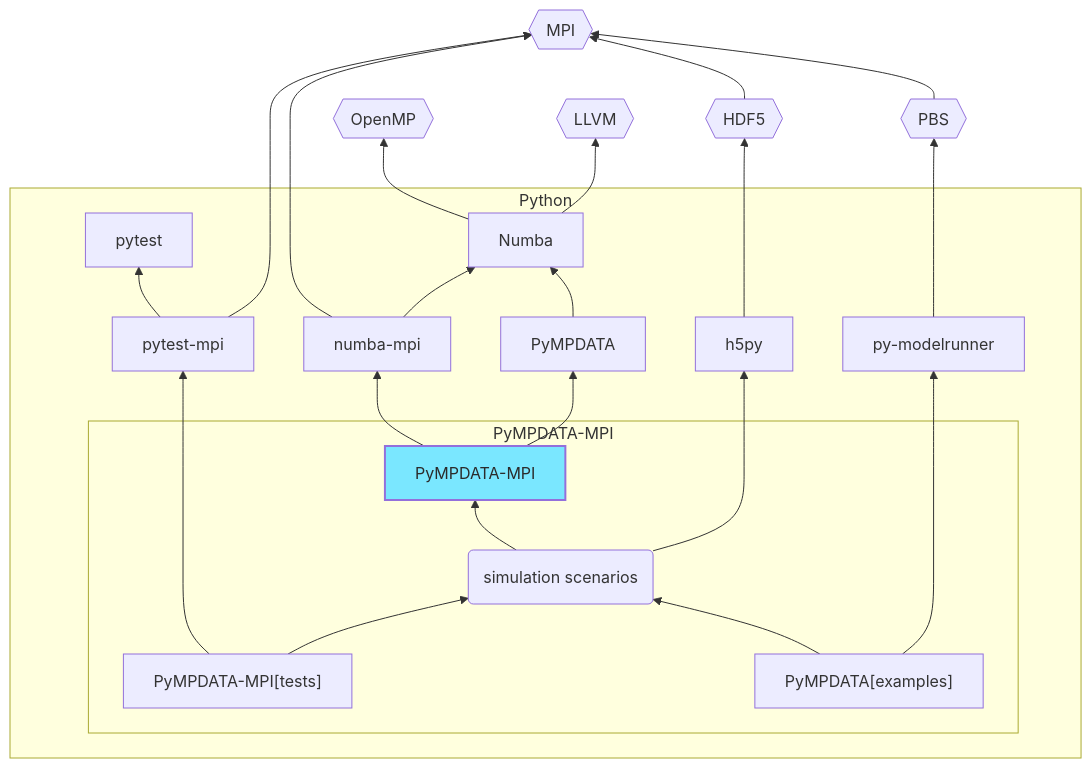
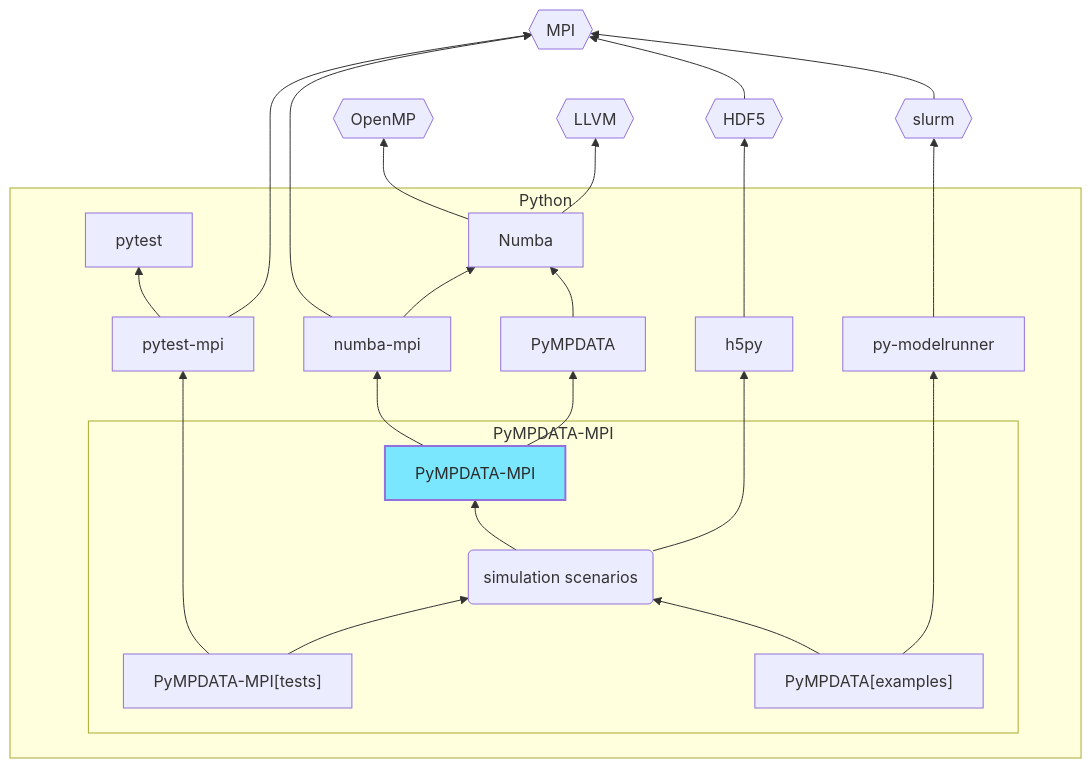
Before and after one commit to open-atmos/PyMPDATA-MPI: the diagram in README.md, drawn with Mermaid. The commit also changed other lines of this file and 10 other files, not shown here.

````diff
--- a/README.md
+++ b/README.md
@@ -93,40 +93,40 @@
 ```mermaid
     flowchart BT
 
     H5PY ---> HDF{{HDF5}}
     subgraph pythonic-dependencies [Python]
       TESTS --> H[pytest-mpi]
       subgraph PyMPDATA-MPI ["PyMPDATA-MPI"]
         TESTS["PyMPDATA-MPI[tests]"] --> CASES(simulation scenarios)
         A1["PyMPDATA[examples]"] --> CASES
         CASES --> D[PyMPDATA-MPI]
       end
       A1 ---> C[py-modelrunner]
       CASES ---> H5PY[h5py]
       D --> E[numba-mpi]
       H --> X[pytest]
       E --> N
       F --> N[Numba]
       D --> F[PyMPDATA]
     end
     H ---> MPI
-    C ---> PBS{{PBS}}
+    C ---> slurm{{slurm}}
     N --> OMPI{{OpenMP}}
     N --> L{{LLVM}}
     E ---> MPI{{MPI}}
     HDF --> MPI
-    PBS --> MPI
+    slurm --> MPI
 
 style D fill:#7ae7ff,stroke-width:2px,color:#2B2B2B
 
 click H "https://pypi.org/p/pytest-mpi"
 click X "https://pypi.org/p/pytest"
 click F "https://pypi.org/p/PyMPDATA"
 click N "https://pypi.org/p/numba"
 click C "https://pypi.org/p/py-modelrunner"
 click H5PY "https://pypi.org/p/h5py"
 click E "https://pypi.org/p/numba-mpi"
 click A1 "https://pypi.org/p/PyMPDATA-MPI"
 click D "https://pypi.org/p/PyMPDATA-MPI"
 click TESTS "https://pypi.org/p/PyMPDATA-MPI"
 ```
````
